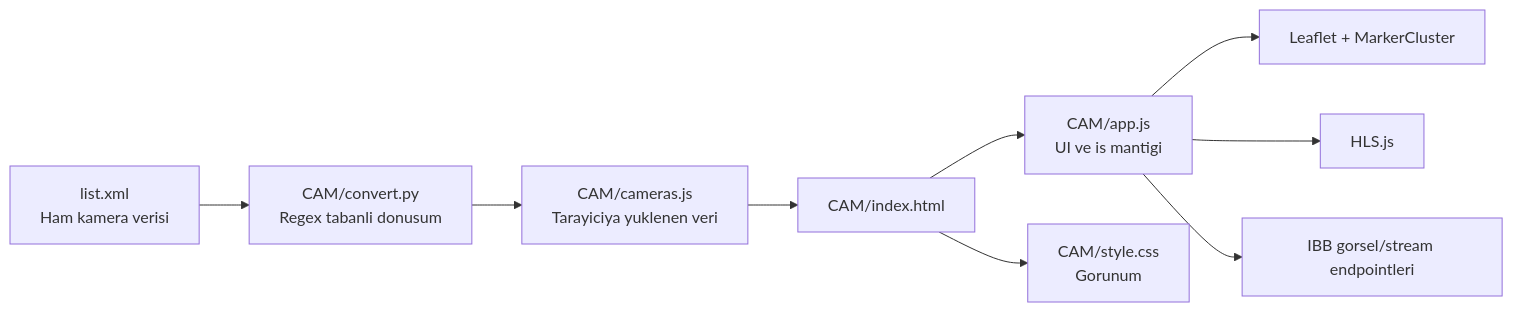
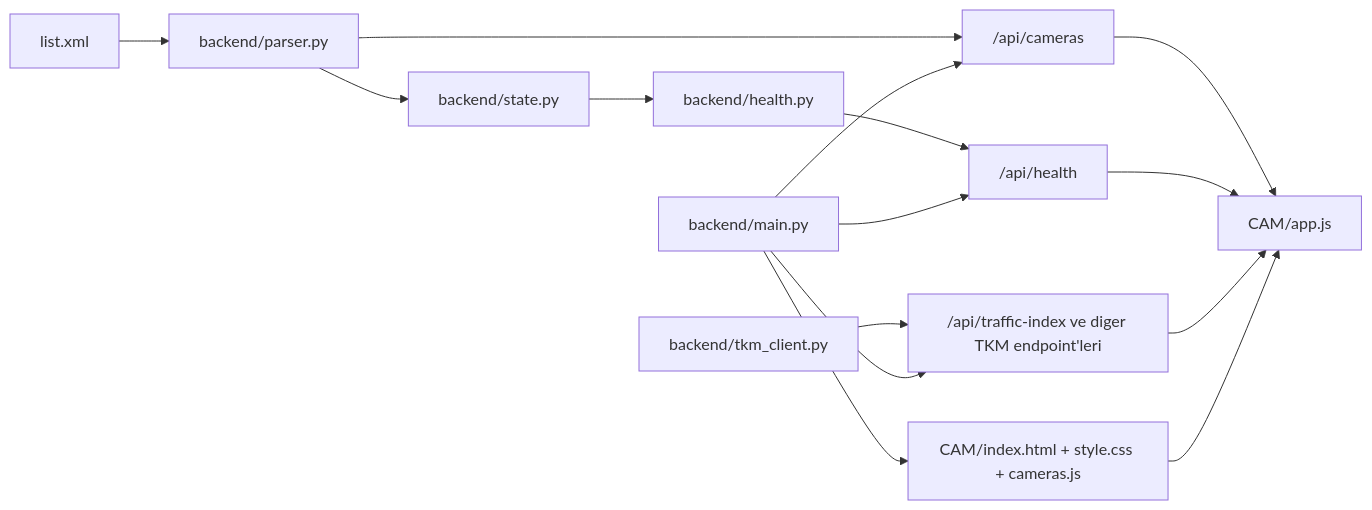
The diagram in README.md (bruak/IBBCAM), drawn with Mermaid before and after one commit. The commit also changed other lines of this file and 28 other files, not shown here.

First line of the commit message:
feat: Implement backend health checks and TKM API integration

````diff
--- a/README.md
+++ b/README.md
@@ -23,11 +24,17 @@
 ```mermaid
 flowchart LR
-    A["list.xml<br/>Ham kamera verisi"] --> B["CAM/convert.py<br/>Regex tabanli donusum"]
-    B --> C["CAM/cameras.js<br/>Tarayiciya yuklenen veri"]
-    C --> D["CAM/index.html"]
-    D --> E["CAM/app.js<br/>UI ve is mantigi"]
-    D --> F["CAM/style.css<br/>Gorunum"]
-    E --> G["Leaflet + MarkerCluster"]
-    E --> H["HLS.js"]
-    E --> I["IBB gorsel/stream endpointleri"]
+    A["list.xml"] --> B["backend/parser.py"]
+    B --> C["/api/cameras"]
+    B --> D["backend/state.py"]
+    D --> E["backend/health.py"]
+    E --> F["/api/health"]
+    G["backend/tkm_client.py"] --> H["/api/traffic-index ve diger TKM endpoint'leri"]
+    C --> I["CAM/app.js"]
+    F --> I
+    H --> I
+    J["CAM/index.html + style.css + cameras.js"] --> I
+    K["backend/main.py"] --> C
+    K --> F
+    K --> H
+    K --> J
 ```
````
